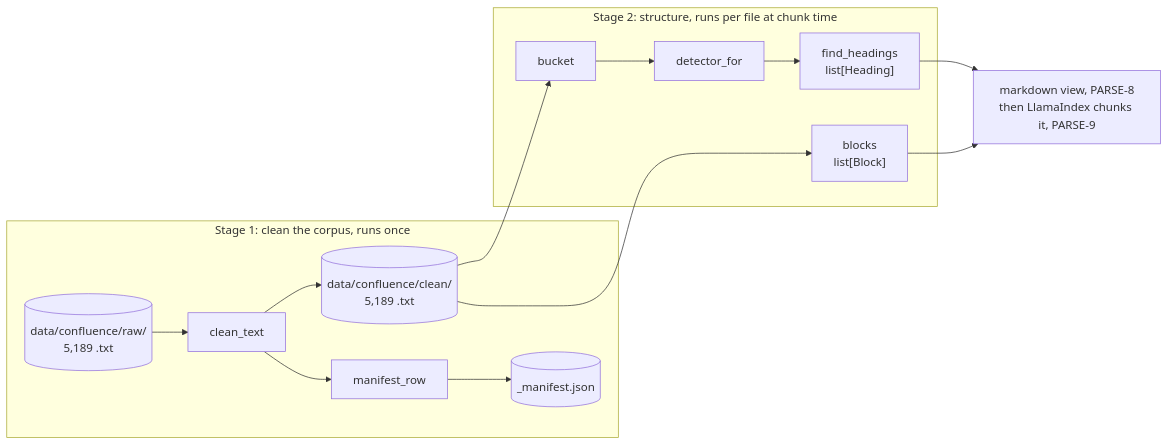
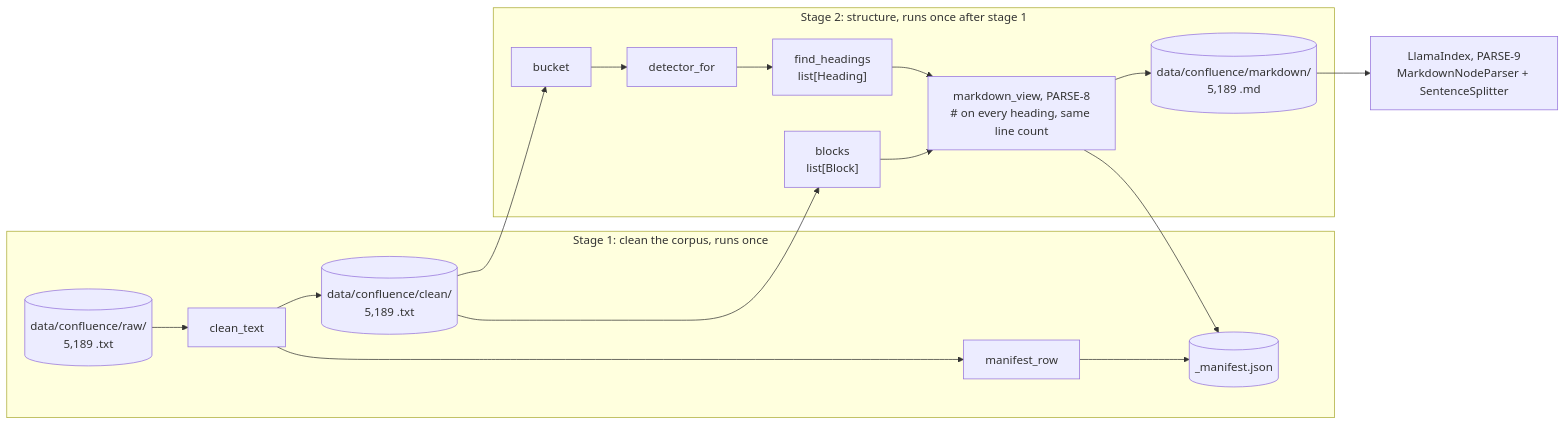
Before and after one commit to deepakdantagani/enterprise-rag: the diagram in docs/design/1-parser-system-design.md, drawn with Mermaid. The commit also changed other lines of this file, not shown here.

Commit message:
Parser design: stage 2 now ends in markdown_view and the Markdown copy; date bumped

````diff
--- a/docs/design/1-parser-system-design.md
+++ b/docs/design/1-parser-system-design.md
@@ -36,13 +36,16 @@
 ```mermaid
 flowchart LR
     subgraph stage1 [Stage 1: clean the corpus, runs once]
         RAW[(data/confluence/raw/<br/>5,189 .txt)] --> CT[clean_text] --> CLEAN[(data/confluence/clean/<br/>5,189 .txt)]
         CT --> MR[manifest_row] --> MAN[(_manifest.json)]
     end
-    subgraph stage2 [Stage 2: structure, runs per file at chunk time]
+    subgraph stage2 [Stage 2: structure, runs once after stage 1]
         CLEAN --> B[bucket] --> D[detector_for] --> H["find_headings<br/>list[Heading]"]
         CLEAN --> BL["blocks<br/>list[Block]"]
+        H --> MV["markdown_view, PARSE-8<br/># on every heading, same line count"]
+        BL --> MV
+        MV --> MD[(data/confluence/markdown/<br/>5,189 .md)]
+        MV --> MAN
     end
-    H --> CH["markdown view, PARSE-8<br/>then LlamaIndex chunks it, PARSE-9"]
-    BL --> CH
+    MD --> LI["LlamaIndex, PARSE-9<br/>MarkdownNodeParser + SentenceSplitter"]
 ```
````
